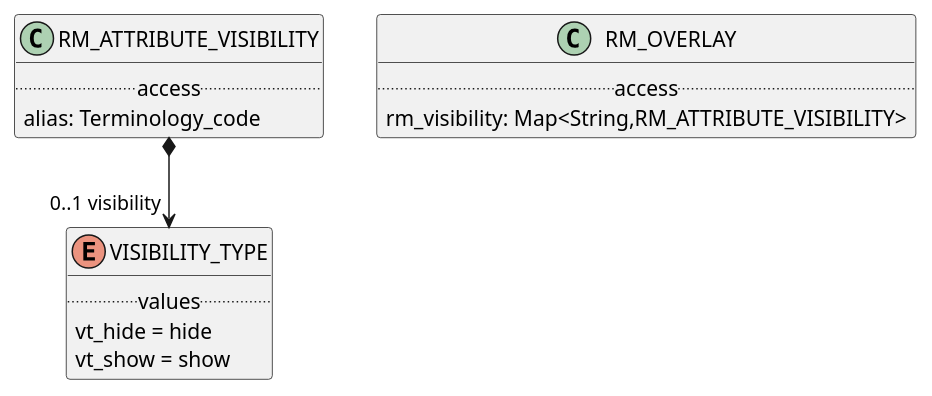
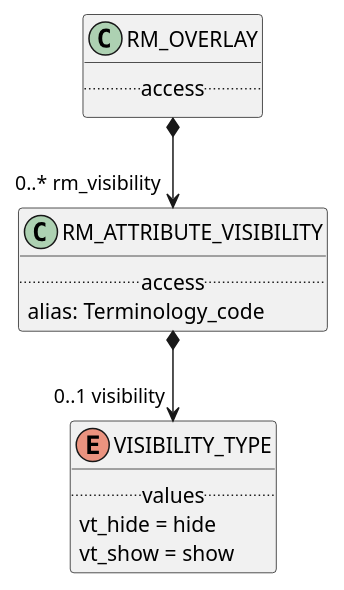
Before and after one commit to wolandscat/openehr-doc: the diagram in modules/ROOT/examples/bmm/languages/aom2/rm_overlay/rm_overlay-package-uml.adoc, drawn with PlantUML. The commit also changed 26 other files, not shown here.

```diff
--- a/modules/ROOT/examples/bmm/languages/aom2/rm_overlay/rm_overlay-package-uml.adoc
+++ b/modules/ROOT/examples/bmm/languages/aom2/rm_overlay/rm_overlay-package-uml.adoc
@@ -3,27 +3,28 @@
 [plantuml,opts=interactive,link=self]
 ....
 skinparam groupInheritance 2
 skinparam citedClassColor #FDFDFD
 
 
 enum VISIBILITY_TYPE [[/openehr-doc/latest/languages/aom2-gen.html#_class_visibility_type]] {
         .. values ..
         vt_hide = hide
         vt_show = show
 }
 
 class RM_OVERLAY [[/openehr-doc/latest/languages/aom2-gen.html#_class_rm_overlay]] {
         .. access ..
-        rm_visibility: Map<String,RM_ATTRIBUTE_VISIBILITY>
 }
 
+
+RM_OVERLAY *--> "0..* rm_visibility" RM_ATTRIBUTE_VISIBILITY
 
 class RM_ATTRIBUTE_VISIBILITY [[/openehr-doc/latest/languages/aom2-gen.html#_class_rm_attribute_visibility]] {
         .. access ..
         alias: Terminology_code
 }
 
 
 RM_ATTRIBUTE_VISIBILITY *--> "0..1 visibility" VISIBILITY_TYPE
 
 ....
```
